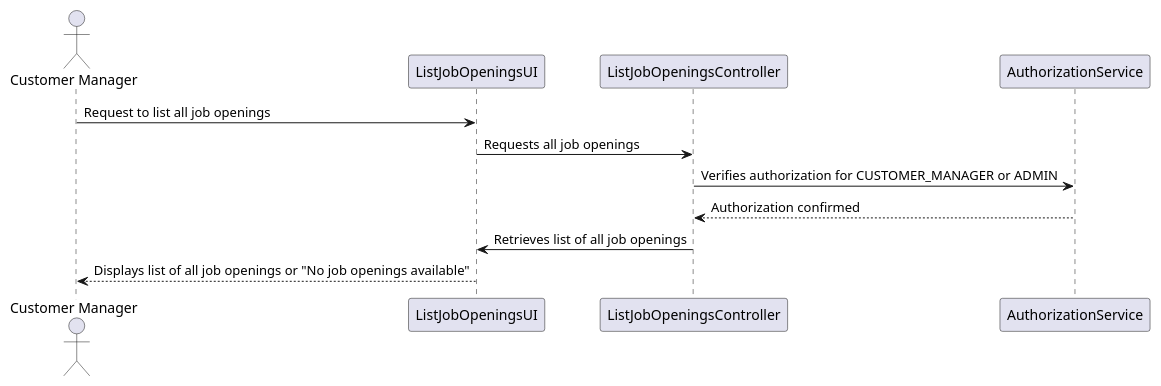
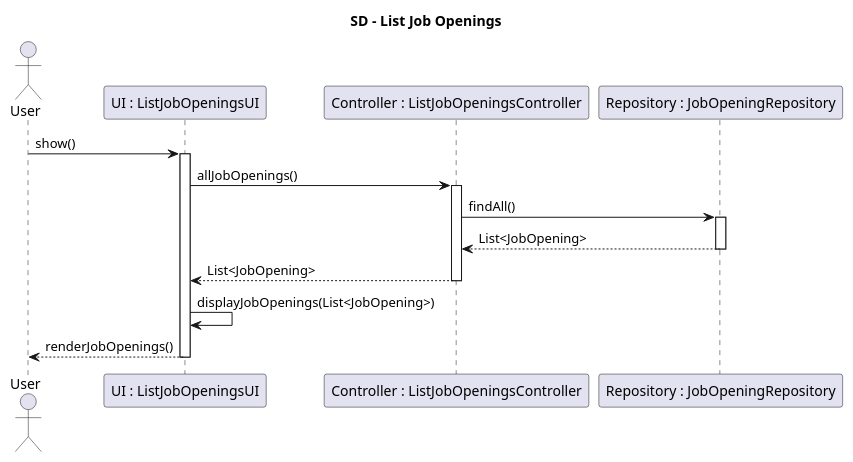
The diagram in docs/sprintB/US1003/03.design/puml/SD_List_JobOpenings.puml (Mendoncaa/LAPR4), drawn with PlantUML before and after one commit. The commit also changed 2 other files, not shown here.

Commit message:
#12 SD and CD diagrams

```diff
--- a/docs/sprintB/US1003/03.design/puml/SD_List_JobOpenings.puml
+++ b/docs/sprintB/US1003/03.design/puml/SD_List_JobOpenings.puml
@@ -1,14 +1,29 @@
 @startuml
-actor "Customer Manager" as CM
-participant "ListJobOpeningsUI" as UI
-participant "ListJobOpeningsController" as LC
-participant "AuthorizationService" as Authz
 
-CM -> UI: Request to list all job openings
-UI -> LC: Requests all job openings
-LC -> Authz: Verifies authorization for CUSTOMER_MANAGER or ADMIN
-Authz --> LC: Authorization confirmed
-LC -> UI: Retrieves list of all job openings
-UI --> CM: Displays list of all job openings or "No job openings available"
+title SD - List Job Openings
+
+actor User
+participant "UI : ListJobOpeningsUI" as UI
+participant "Controller : ListJobOpeningsController" as controller
+participant "Repository : JobOpeningRepository" as repository
+
+User -> UI : show()
+activate UI
+
+UI -> controller : allJobOpenings()
+activate controller
+
+controller -> repository : findAll()
+activate repository
+repository --> controller : List<JobOpening>
+deactivate repository
+
+controller --> UI : List<JobOpening>
+deactivate controller
+
+UI -> UI : displayJobOpenings(List<JobOpening>)
+
+UI --> User : renderJobOpenings()
+deactivate UI
 
 @enduml
```
